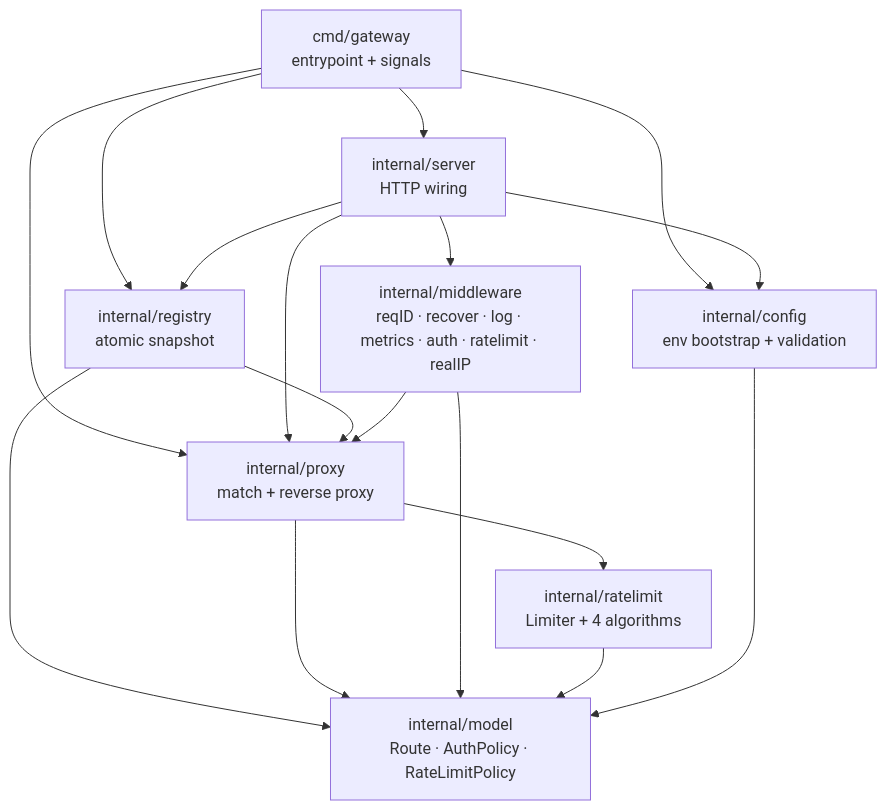
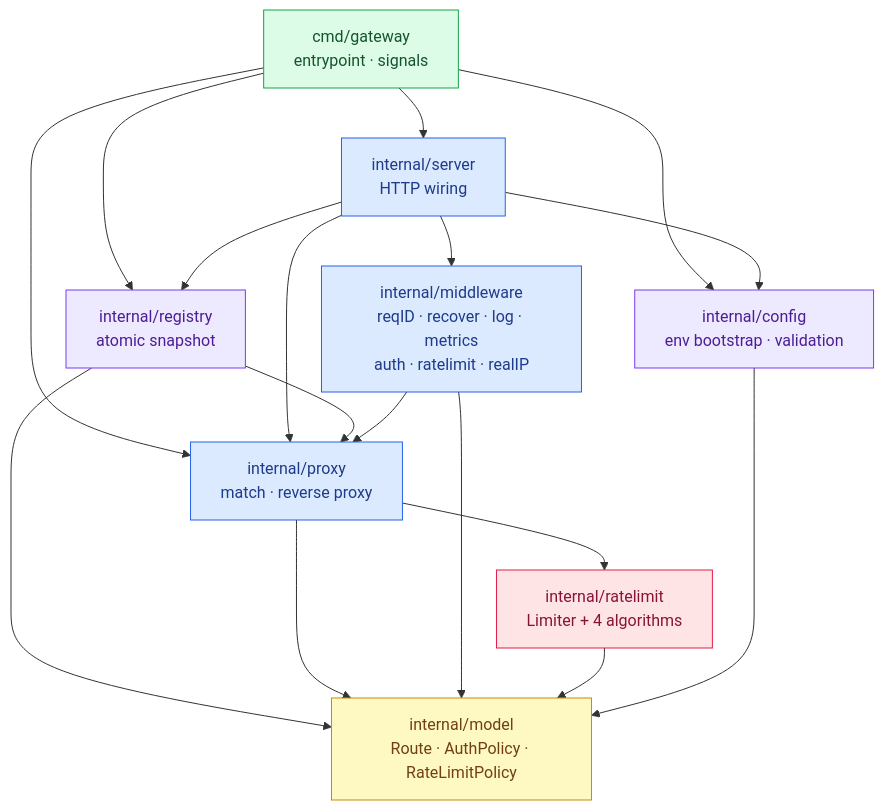
The fourth of 15 diagrams in docs/architecture.md (mohabnazmy/API-Gateway), drawn with Mermaid before and after one commit. The commit also changed other lines of this file, not shown here.

First line of the commit message:
docs: make architecture diagram-heavy and colored

````diff
--- a/docs/architecture.md
+++ b/docs/architecture.md
@@ -94,28 +126,34 @@
 ```mermaid
 flowchart TD
-    main["cmd/gateway<br/>entrypoint + signals"]
-    server["internal/server<br/>HTTP wiring"]
-    registry["internal/registry<br/>atomic snapshot"]
-    proxy["internal/proxy<br/>match + reverse proxy"]
-    mw["internal/middleware<br/>reqID · recover · log · metrics · auth · ratelimit · realIP"]
-    rl["internal/ratelimit<br/>Limiter + 4 algorithms"]
-    cfg["internal/config<br/>env bootstrap + validation"]
-    model["internal/model<br/>Route · AuthPolicy · RateLimitPolicy"]
+    main["cmd/gateway<br/>entrypoint · signals"]:::entry
+    server["internal/server<br/>HTTP wiring"]:::gw
+    registry["internal/registry<br/>atomic snapshot"]:::store
+    proxy["internal/proxy<br/>match · reverse proxy"]:::gw
+    mw["internal/middleware<br/>reqID · recover · log · metrics<br/>auth · ratelimit · realIP"]:::gw
+    rl["internal/ratelimit<br/>Limiter + 4 algorithms"]:::accent
+    cfg["internal/config<br/>env bootstrap · validation"]:::store
+    model["internal/model<br/>Route · AuthPolicy · RateLimitPolicy"]:::core
 
     main --> cfg
     main --> registry
     main --> proxy
     main --> server
     server --> cfg
     server --> mw
     server --> proxy
     server --> registry
     registry --> proxy
     registry --> model
     proxy --> model
     proxy --> rl
     mw --> proxy
     mw --> model
     rl --> model
     cfg --> model
+
+    classDef entry fill:#dcfce7,stroke:#16a34a,color:#14532d;
+    classDef gw fill:#dbeafe,stroke:#2563eb,color:#1e3a8a;
+    classDef store fill:#ede9fe,stroke:#7c3aed,color:#4c1d95;
+    classDef accent fill:#ffe4e6,stroke:#e11d48,color:#881337;
+    classDef core fill:#fef9c3,stroke:#ca8a04,color:#713f12;
 ```
````
